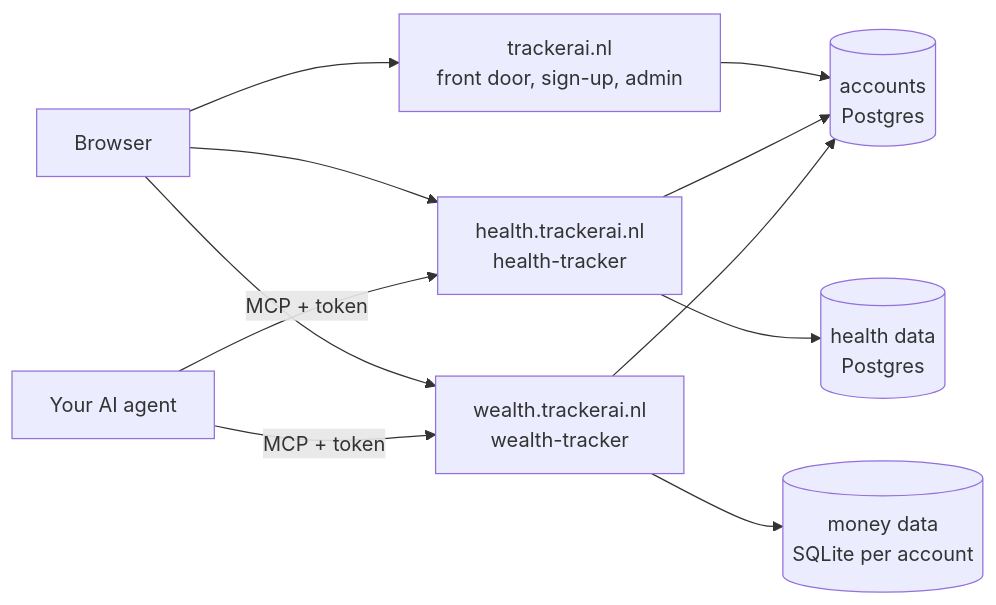
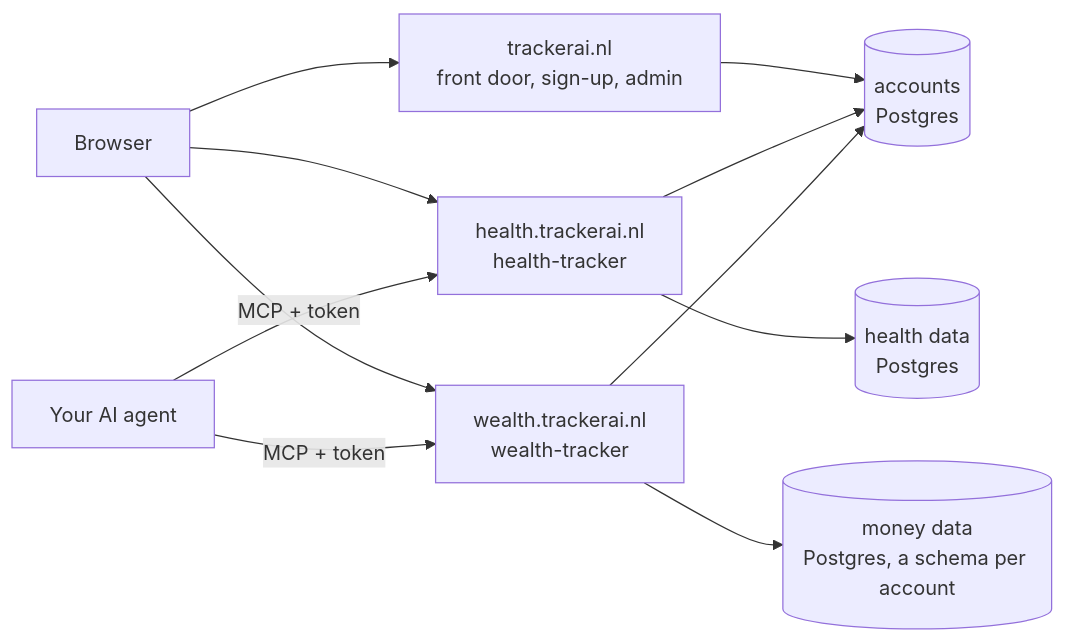
One commit to Joost-Jansen/trackerai-app changed the diagram in README.md. Above: the diagram before and after it, drawn with Mermaid. The commit also changed other lines of this file and 1 other file, not shown here.

First line of the commit message:
README: wealth data in Postgres, Railway services by their current names

````diff
--- a/README.md
+++ b/README.md
@@ -92,13 +92,13 @@
 ```mermaid
 flowchart LR
     B[Browser] --> FD[trackerai.nl<br/>front door, sign-up, admin]
     B --> H[health.trackerai.nl<br/>health-tracker]
     B --> W[wealth.trackerai.nl<br/>wealth-tracker]
     AG[Your AI agent] -->|MCP + token| H
     AG -->|MCP + token| W
     FD --> ACC[(accounts<br/>Postgres)]
     H --> ACC
     W --> ACC
     H --> HD[(health data<br/>Postgres)]
-    W --> WD[(money data<br/>SQLite per account)]
+    W --> WD[(money data<br/>Postgres, a schema per account)]
 ```
````
